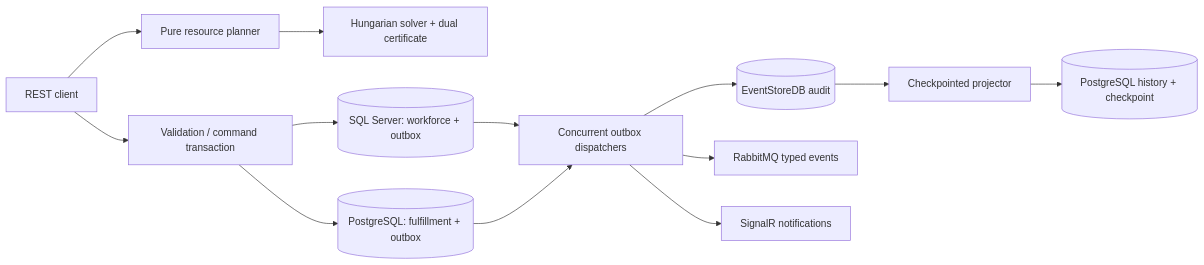
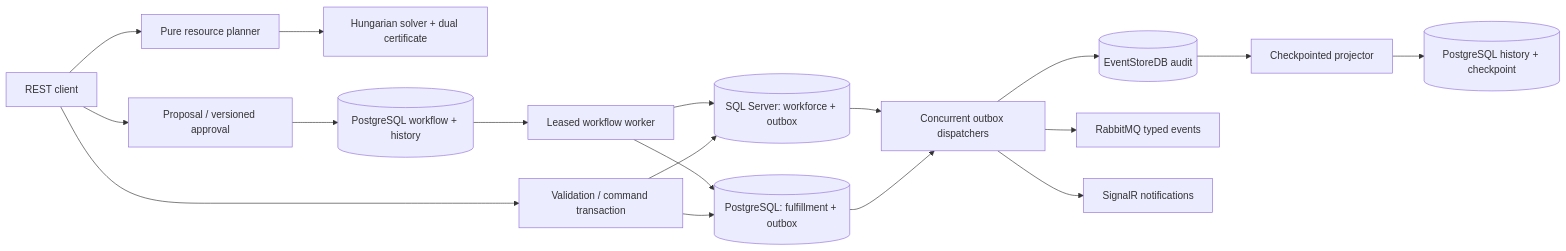
Before and after one commit to Ingaleee/FusionOps: the diagram in README.md, drawn with Mermaid. The commit also changed other lines of this file and 44 other files, not shown here.

````diff
--- a/README.md
+++ b/README.md
@@ -59,15 +75,20 @@
 ```mermaid
 flowchart LR
     Client[REST client] --> Plan[Pure resource planner]
     Plan --> Solver[Hungarian solver + dual certificate]
     Client --> Pipeline[Validation / command transaction]
+    Client --> Workflow[Proposal / versioned approval]
+    Workflow --> Coordinator[(PostgreSQL workflow + history)]
+    Coordinator --> Worker[Leased workflow worker]
+    Worker --> SQL
+    Worker --> PG
     Pipeline --> SQL[(SQL Server: workforce + outbox)]
     Pipeline --> PG[(PostgreSQL: fulfillment + outbox)]
     SQL --> Dispatch[Concurrent outbox dispatchers]
     PG --> Dispatch
     Dispatch --> Audit[(EventStoreDB audit)]
     Dispatch --> Rabbit[RabbitMQ typed events]
     Dispatch --> Realtime[SignalR notifications]
     Audit --> Projector[Checkpointed projector]
     Projector --> History[(PostgreSQL history + checkpoint)]
 ```
````
